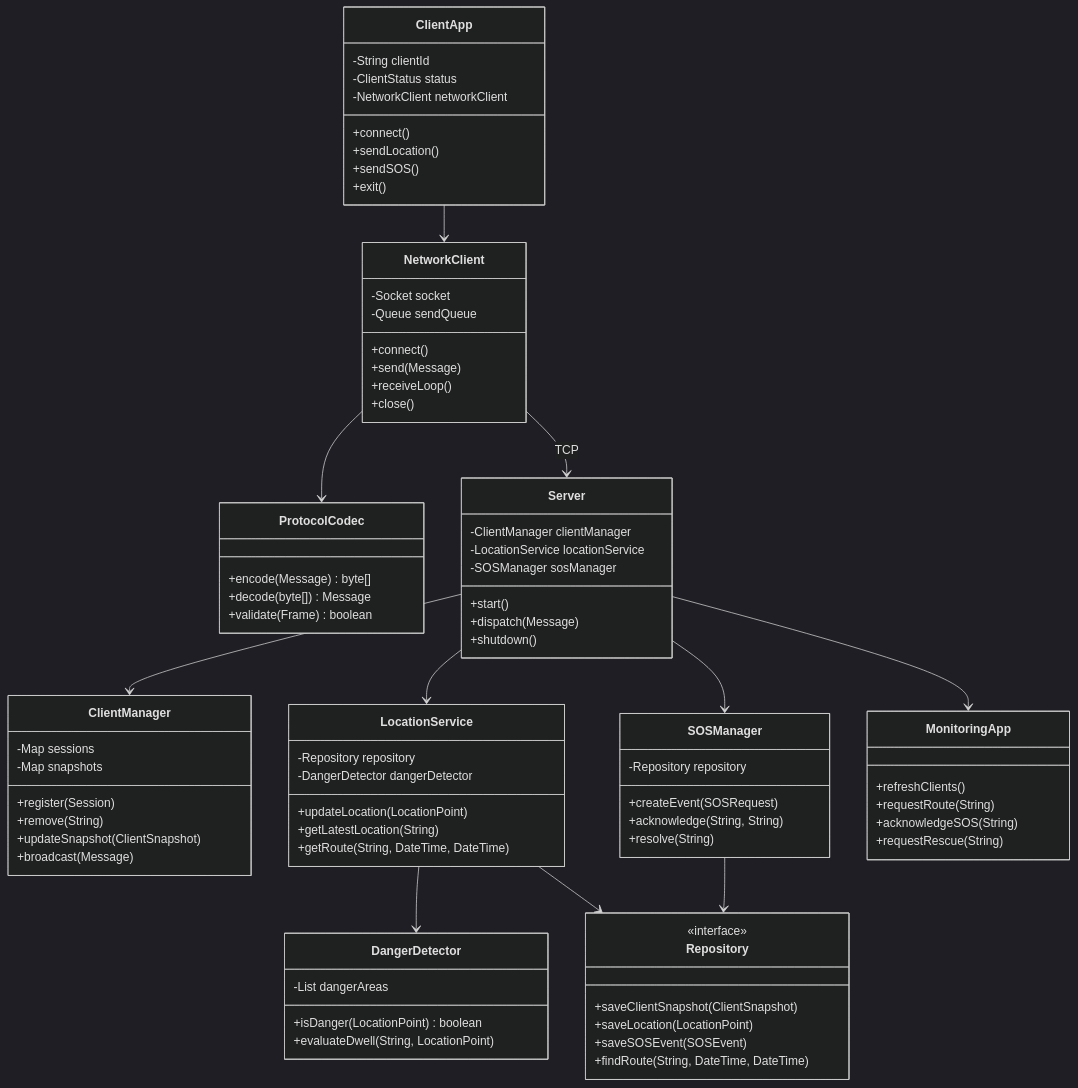
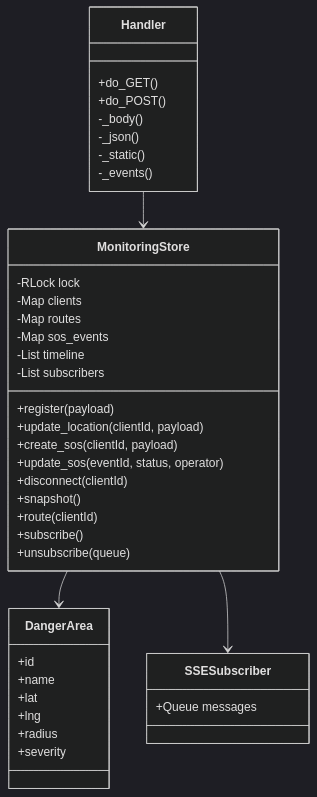
Before and after one commit to xweoze/real-time-monitoring-system: the second of 11 diagrams in Design_22212023_김지훈.md, drawn with Mermaid (dark theme). The commit also changed other lines of this file and 3 other files, not shown here.

````diff
--- a/Design_22212023_김지훈.md
+++ b/Design_22212023_김지훈.md
@@ -202,92 +146,46 @@
 ```mermaid
 classDiagram
-    class ClientApp {
-        -String clientId
-        -ClientStatus status
-        -NetworkClient networkClient
-        +connect()
-        +sendLocation()
-        +sendSOS()
-        +exit()
+    class Handler {
+        +do_GET()
+        +do_POST()
+        -_body()
+        -_json()
+        -_static()
+        -_events()
     }
 
-    class NetworkClient {
-        -Socket socket
-        -Queue sendQueue
-        +connect()
-        +send(Message)
-        +receiveLoop()
-        +close()
+    class MonitoringStore {
+        -RLock lock
+        -Map clients
+        -Map routes
+        -Map sos_events
+        -List timeline
+        -List subscribers
+        +register(payload)
+        +update_location(clientId, payload)
+        +create_sos(clientId, payload)
+        +update_sos(eventId, status, operator)
+        +disconnect(clientId)
+        +snapshot()
+        +route(clientId)
+        +subscribe()
+        +unsubscribe(queue)
     }
 
-    class ProtocolCodec {
-        +encode(Message) byte[]
-        +decode(byte[]) Message
-        +validate(Frame) boolean
+    class DangerArea {
+        +id
+        +name
+        +lat
+        +lng
+        +radius
+        +severity
     }
 
-    class Server {
-        -ClientManager clientManager
-        -LocationService locationService
-        -SOSManager sosManager
-        +start()
-        +dispatch(Message)
-        +shutdown()
+    class SSESubscriber {
+        +Queue messages
     }
 
-    class ClientManager {
-        -Map sessions
-        -Map snapshots
-        +register(Session)
-        +remove(String)
-        +updateSnapshot(ClientSnapshot)
-        +broadcast(Message)
-    }
-
-    class LocationService {
-        -Repository repository
-        -DangerDetector dangerDetector
-        +updateLocation(LocationPoint)
-        +getLatestLocation(String)
-        +getRoute(String, DateTime, DateTime)
-    }
-
-    class DangerDetector {
-        -List dangerAreas
-        +isDanger(LocationPoint) boolean
-        +evaluateDwell(String, LocationPoint)
-    }
-
-    class SOSManager {
-        -Repository repository
-        +createEvent(SOSRequest)
-        +acknowledge(String, String)
-        +resolve(String)
-    }
-
-    class MonitoringApp {
-        +refreshClients()
-        +requestRoute(String)
-        +acknowledgeSOS(String)
-        +requestRescue(String)
-    }
-
-    class Repository {
-        <<interface>>
-        +saveClientSnapshot(ClientSnapshot)
-        +saveLocation(LocationPoint)
-        +saveSOSEvent(SOSEvent)
-        +findRoute(String, DateTime, DateTime)
-    }
-
-    ClientApp --> NetworkClient
-    NetworkClient --> ProtocolCodec
-    NetworkClient --> Server : TCP
-    Server --> ClientManager
-    Server --> LocationService
-    Server --> SOSManager
-    LocationService --> DangerDetector
-    LocationService --> Repository
-    SOSManager --> Repository
-    Server --> MonitoringApp
+    Handler --> MonitoringStore
+    MonitoringStore --> DangerArea
+    MonitoringStore --> SSESubscriber
 ```
````
